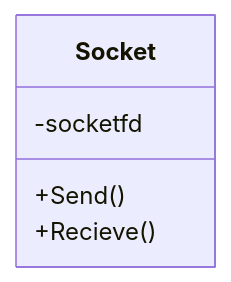
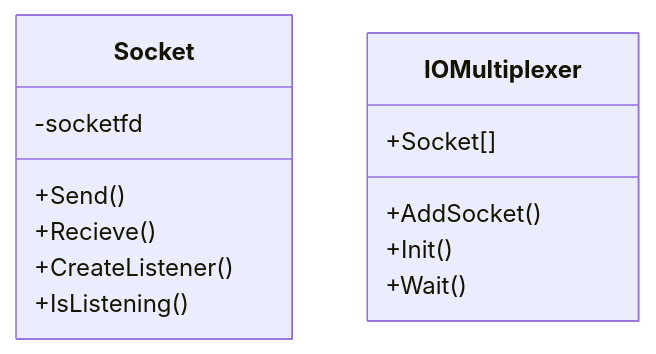
The diagram in docs/class/socket_class.md (katataku/webserv), drawn with Mermaid before and after one commit. The commit also changed other lines of this file, not shown here.

Commit message:
add: class diagram and description

````diff
--- a/docs/class/socket_class.md
+++ b/docs/class/socket_class.md
@@ -3,8 +3,17 @@
 ``` mermaid
 classDiagram
   class Socket {
     -socketfd
     +Send()
     +Recieve()
+    +CreateListener()
+    +IsListening()
+  }
+
+  class IOMultiplexer {
+    +Socket[]
+    +AddSocket()
+    +Init()
+    +Wait()
   }
 ```
````
